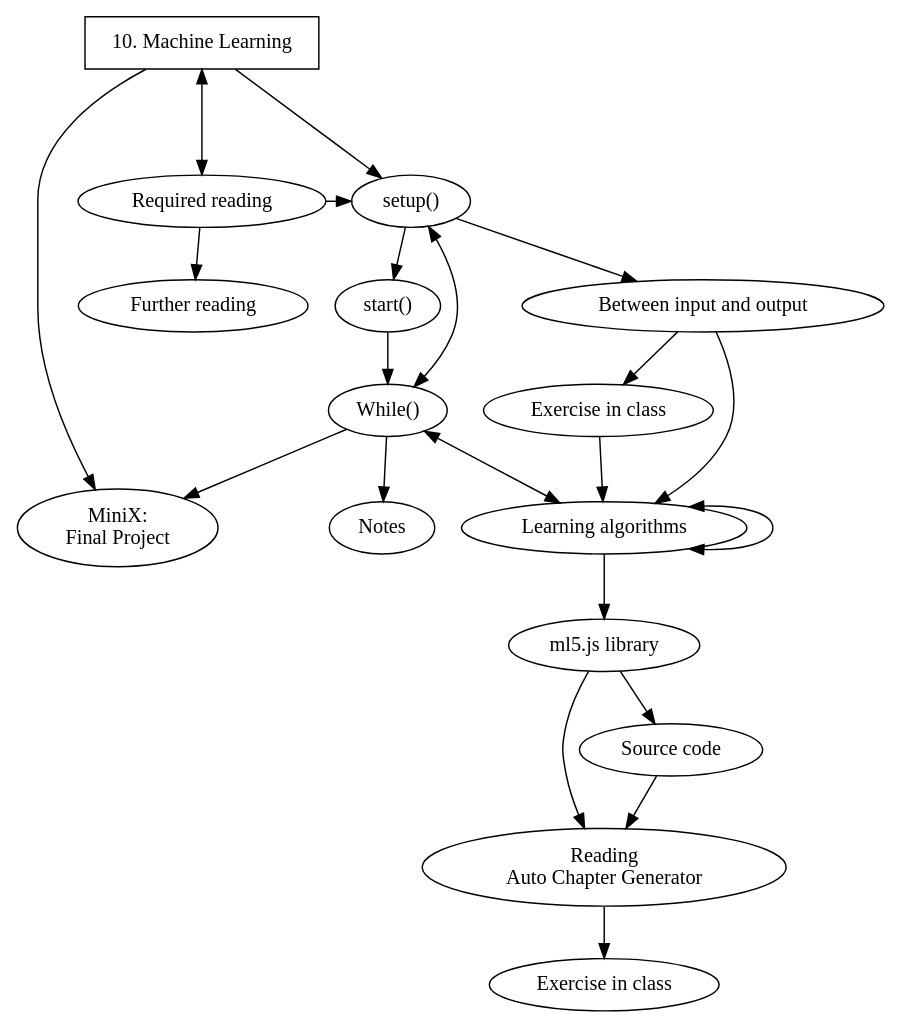
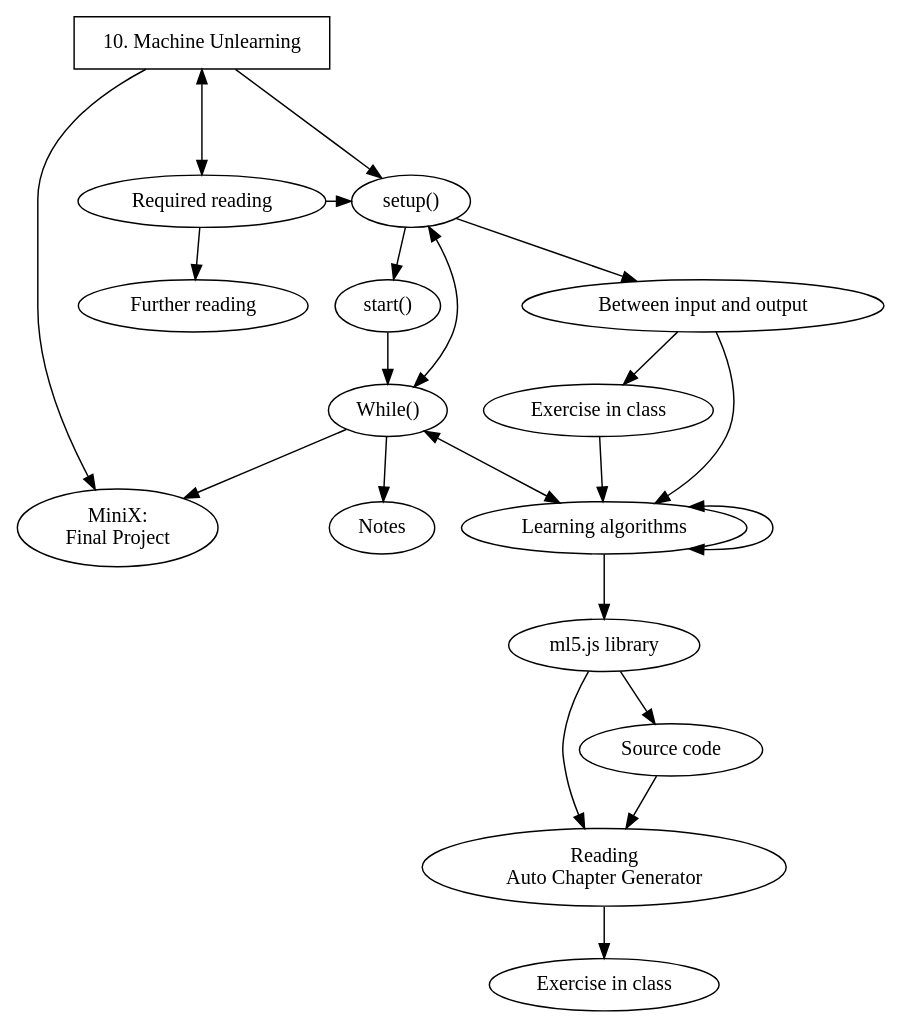
The diagram in graphviz/AP_ch10.dot (danbz/aesthetic-programming), drawn with Graphviz before and after one commit. The commit also changed 3 other files, not shown here.

```diff
--- a/graphviz/AP_ch10.dot
+++ b/graphviz/AP_ch10.dot
@@ -1,46 +1,46 @@
 digraph G {
 
 node[fontname="Hershey-Noailles-help-me"]
 
 //labels
 GS [
-label="10. Machine Learning",
+label="10. Machine Unlearning",
 style=bold,
 shape=rectangle,
 penwidth="1pt"
 ]
 
 SU [label="setup()"]
 ST [label="start()"]
 IO [label="Between input and output"]
 EiC [label="Exercise in class"]
 LA [label="Learning algorithms"]
 ml5 [label="ml5.js library"]
 SC [label="Source code"]
 RAG [label="Reading \nAuto Chapter Generator"]
 EiC2 [label="Exercise in class"]
 MW [label="While()"]
 MX [label="MiniX: \nFinal Project"]
 RR [label="Required reading"]
 FR [label="Further reading"]
 Notes [label="Notes"]
 
 //rank
 {rank = same; SU, RR}
 {rank=same;MX,LA}
 //graph
 GS -> SU -> ST;
 SU-> IO -> EiC;
 RR-> GS[dir=both, minlen=2];
 SU -> MW [dir=both];
 RR -> SU;
 EiC -> LA ;
 LA -> LA[dir=both];
 LA-> MW [dir=both];
 IO -> LA -> ml5 -> SC;
 SC -> RAG -> EiC2;
 ST -> MW -> Notes;
 GS, MW -> MX;
 ml5 -> RAG;
 RR -> FR;
 }
```
